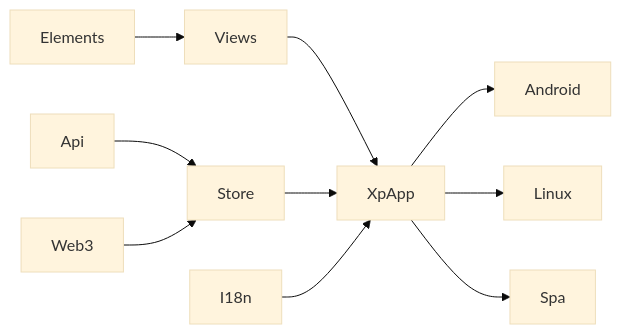
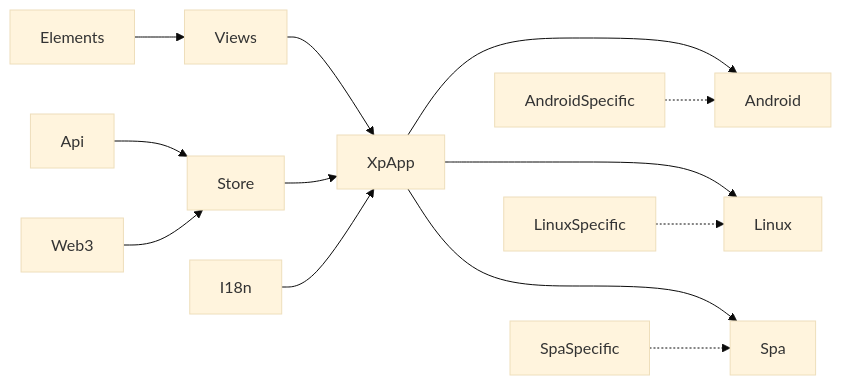
The first of 3 diagrams in README.md (utkusarioglu/rn-vite-tauri-workshop), drawn with Mermaid (base theme) before and after one commit. The commit also changed other lines of this file, not shown here.

````diff
--- a/README.md
+++ b/README.md
@@ -45,14 +49,18 @@
 ```mermaid
 flowchart LR
-    XpApp --> Android
-    XpApp --> Linux
-    XpApp --> Spa
+    XpApp ---> Android
+    XpApp ---> Linux
+    XpApp ---> Spa
 
     Elements --> Views
     Views --> XpApp
 
     Store --> XpApp
     I18n --> XpApp
     Api --> Store
     Web3 --> Store
+
+    AndroidSpecific .-> Android
+    LinuxSpecific .-> Linux
+    SpaSpecific .-> Spa
 ```
````
